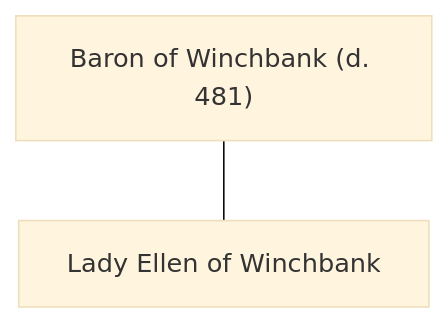
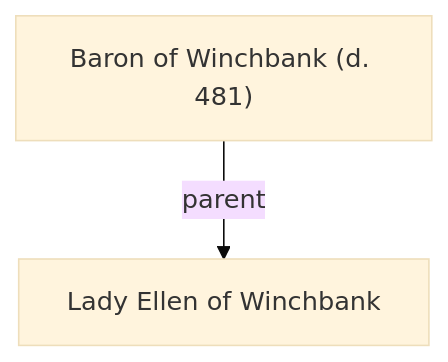
One commit to Illumibatchi/pendragon changed the diagram in content/02 - Characters/Baron of Winchbank.md. Above: the diagram before and after it, drawn with Mermaid (base theme). The commit also changed 41 other files, not shown here.

````diff
--- a/content/02 - Characters/Baron of Winchbank.md
+++ b/content/02 - Characters/Baron of Winchbank.md
@@ -28,7 +28,7 @@
 ```mermaid
 %% AUTO-LINEAGE: baron_of_winchbank
 flowchart TB
   p["Baron of Winchbank (d. 481)"]
   c1["Lady Ellen of Winchbank"]
-  p --- c1
+  p -->|parent| c1
 ```
````
